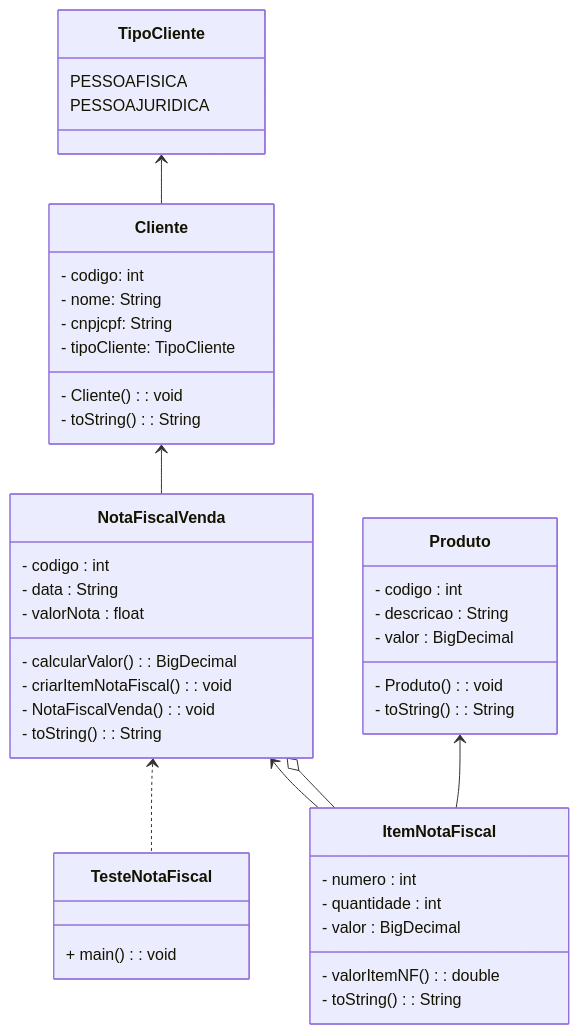
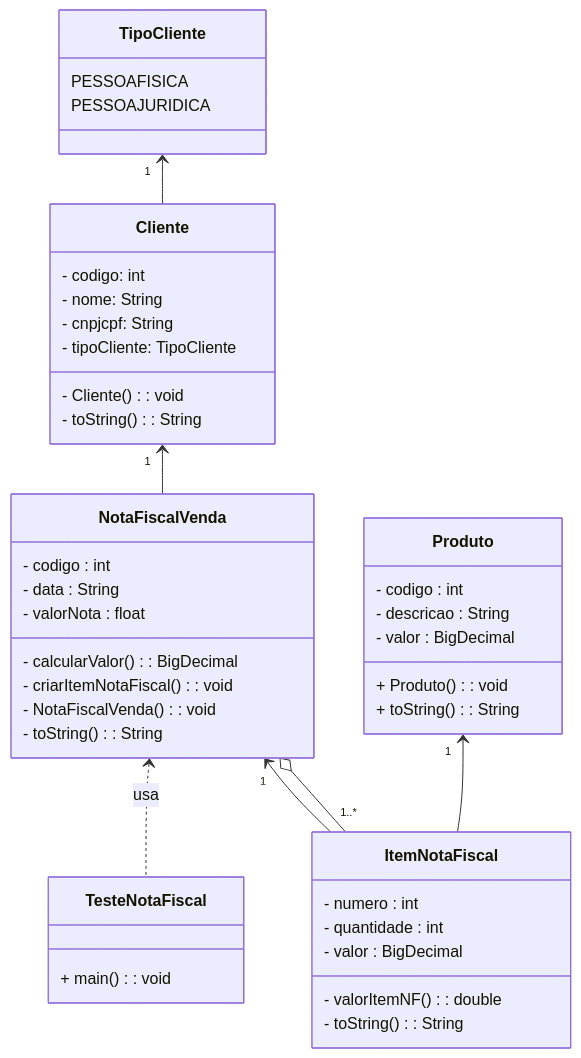
Before and after one commit to PabloBF/mobdev: the diagram in avaliacoes/avaliacao-08/README.md, drawn with Mermaid.

````diff
--- a/avaliacoes/avaliacao-08/README.md
+++ b/avaliacoes/avaliacao-08/README.md
@@ -4,53 +4,53 @@
 ```mermaid
 classDiagram
-    Cliente <-- NotaFiscalVenda
-    NotaFiscalVenda <.. TesteNotaFiscal
-    NotaFiscalVenda <-- ItemNotaFiscal
-    NotaFiscalVenda o-- ItemNotaFiscal
-    TipoCliente <-- Cliente
-    Produto <-- ItemNotaFiscal
+    Cliente         "1" <--        NotaFiscalVenda
+    NotaFiscalVenda     <..        TesteNotaFiscal : usa
+    NotaFiscalVenda "1" <--        ItemNotaFiscal
+    NotaFiscalVenda     o-- "1..*" ItemNotaFiscal
+    TipoCliente     "1" <--        Cliente
+    Produto         "1" <--        ItemNotaFiscal
     
     class Cliente {
     - codigo: int
     - nome: String
     - cnpjcpf: String
     - tipoCliente: TipoCliente
     - Cliente(): void
     - toString(): String
     }
     
     class NotaFiscalVenda {
       - codigo : int
       - data : String
       - valorNota : float
       - calcularValor(): BigDecimal
       - criarItemNotaFiscal(): void
       - NotaFiscalVenda(): void
       - toString(): String
     }
     
     class TesteNotaFiscal {
       + main(): void
     }
     
     class TipoCliente {
       PESSOAFISICA
       PESSOAJURIDICA
     }
     
     class ItemNotaFiscal {
       - numero : int
       - quantidade : int
       - valor : BigDecimal
       - valorItemNF(): double
       - toString(): String
     }
     
     class Produto {
       - codigo : int
       - descricao : String
       - valor : BigDecimal
-      - Produto(): void
-      - toString(): String
+      + Produto(): void
+      + toString(): String
     }
 ```
````
